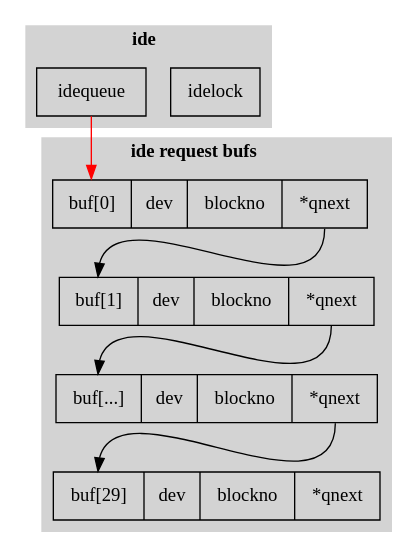
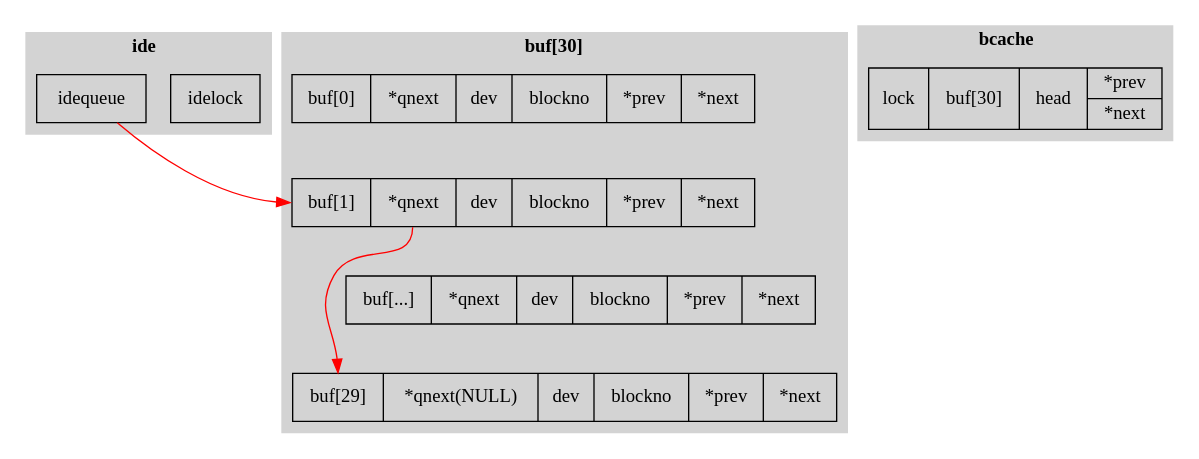
The diagram in img/idequeue.dot (Jeanhwea/xv6-course), drawn with Graphviz before and after one commit. The commit also changed 1 other file, not shown here.

```diff
--- a/img/idequeue.dot
+++ b/img/idequeue.dot
@@ -1,24 +1,28 @@
 digraph idequeue {
   // rankdir=LR;
   node [shape=record];
 
   subgraph cluster_queue {
     label=<<b>ide</b>>; style=filled; color=lightgray;
     idelock[label="idelock"];
     idequeue[label="<h>idequeue"];
   }
   // bcache:b -> cluster_bufs;
 
+  subgraph cluster_bcache {
+    label=<<b>bcache</b>>; style=filled; color=lightgray;
+    bcache[label="lock|<b>buf[30]|<h>head|{<p>*prev|<n>*next}"];
+  }
   subgraph cluster_bufs {
-    label=<<b>ide request bufs</b>>; style=filled; color=lightgray;
-    buf1[label="<a>buf[0]  |dev|blockno|<n>*qnext"];
-    buf2[label="<a>buf[1]  |dev|blockno|<n>*qnext"];
-    buf3[label="<a>buf[...]|dev|blockno|<n>*qnext"];
-    buf9[label="<a>buf[29] |dev|blockno|<n>*qnext"];
+    label=<<b>buf[30]</b>>; style=filled; color=lightgray;
+    buf1[label="<a>buf[0]  |<n>*qnext      |dev|blockno|*prev|*next"];
+    buf2[label="<a>buf[1]  |<n>*qnext      |dev|blockno|*prev|*next"];
+    buf3[label="<a>buf[...]|<n>*qnext      |dev|blockno|*prev|*next"];
+    buf9[label="<a>buf[29] |<n>*qnext(NULL)|dev|blockno|*prev|*next"];
+    buf1->buf2->buf3->buf9 [style=invis];
+    // rank=same {buf1 buf2 buf3 buf9}
   }
 
-  idequeue:h -> buf1:a [color=red];
-  buf1:n     -> buf2:a [color=black];
-  buf2:n     -> buf3:a [color=black];
-  buf3:n     -> buf9:a [color=black];
+  idequeue:h -> buf2:a [color=red];
+  buf2:n     -> buf9:a [color=red];
 }
```
